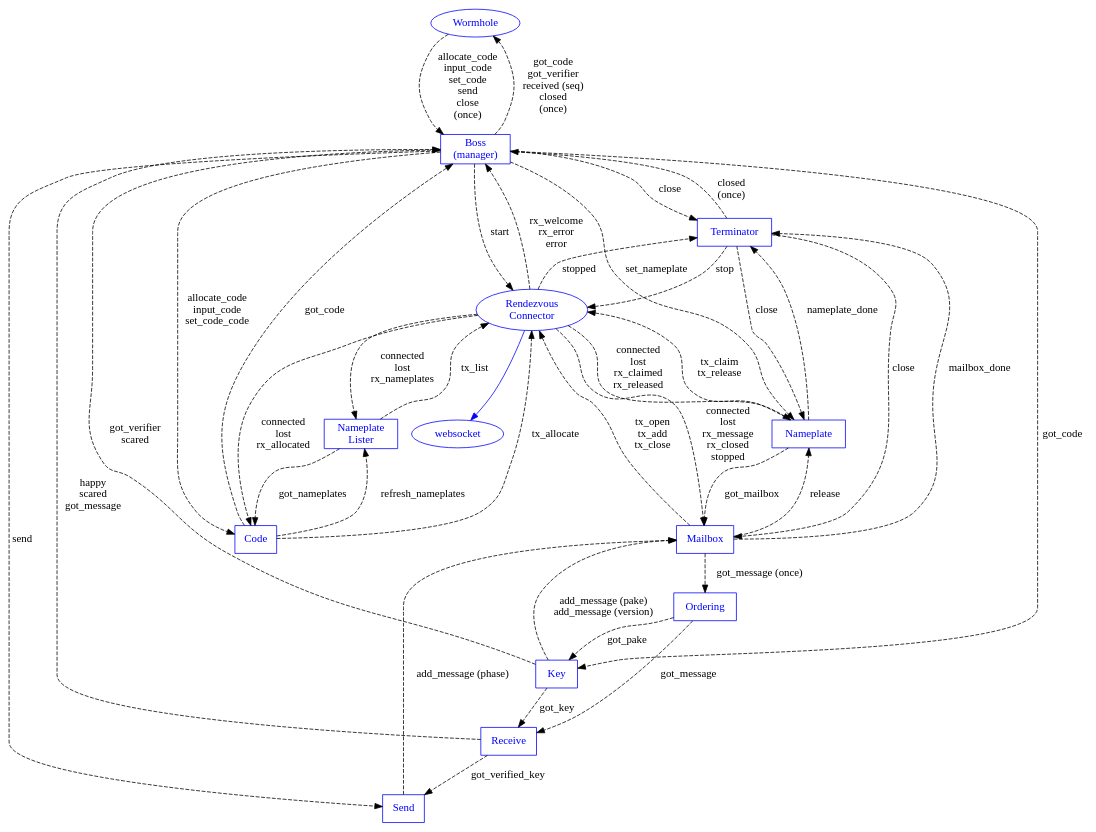
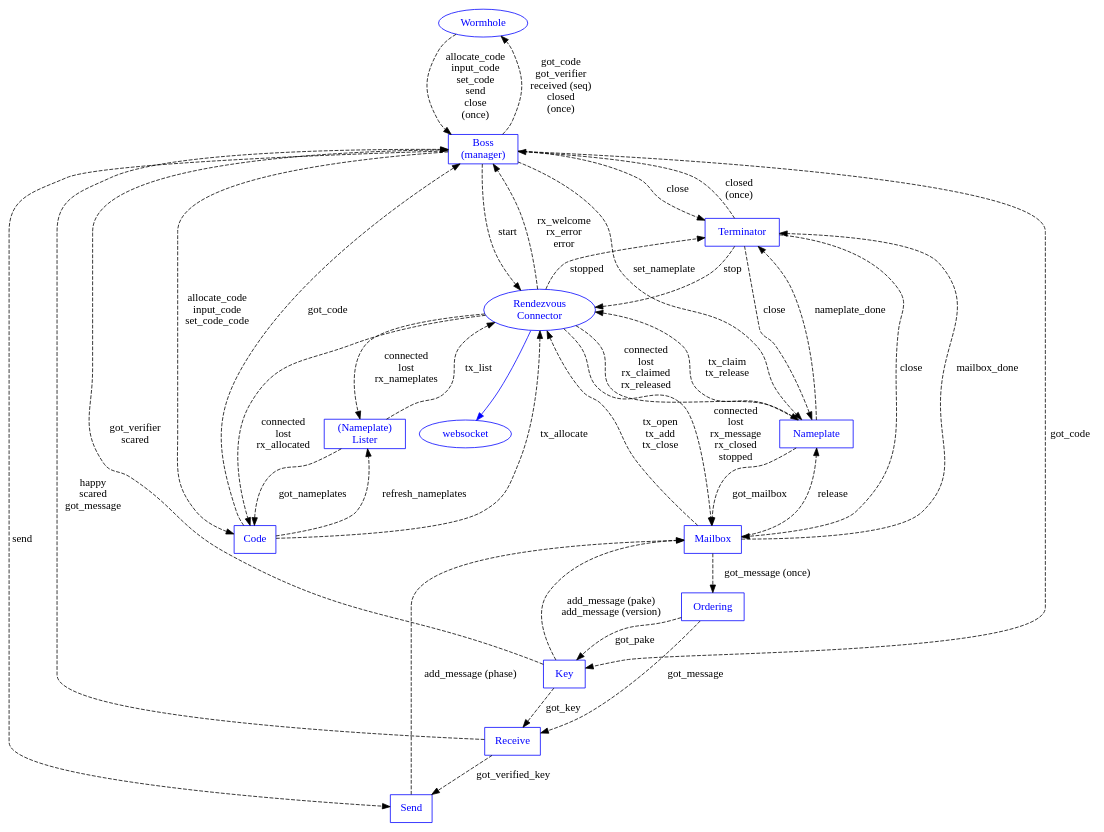
Before and after one commit to magic-wormhole/magic-wormhole: the diagram in docs/state-machines/machines.dot, drawn with Graphviz. The commit also changed 9 other files, not shown here.

Commit message:
rename NameplateLister to Lister (unique prefix L)

```diff
--- a/docs/state-machines/machines.dot
+++ b/docs/state-machines/machines.dot
@@ -1,94 +1,94 @@
 digraph {
         Wormhole [shape="oval" color="blue" fontcolor="blue"]
         Boss [shape="box" label="Boss\n(manager)"
                   color="blue" fontcolor="blue"]
         Nameplate [shape="box" color="blue" fontcolor="blue"]
         Mailbox [shape="box" color="blue" fontcolor="blue"]
         Connection [label="Rendezvous\nConnector"
                     shape="oval" color="blue" fontcolor="blue"]
         websocket [color="blue" fontcolor="blue"]
         Order [shape="box" label="Ordering" color="blue" fontcolor="blue"]
         Key [shape="box" label="Key" color="blue" fontcolor="blue"]
         Send [shape="box" label="Send" color="blue" fontcolor="blue"]
         Receive [shape="box" label="Receive" color="blue" fontcolor="blue"]
         Code [shape="box" label="Code" color="blue" fontcolor="blue"]
-        NameplateLister [shape="box" label="Nameplate\nLister"
-                         color="blue" fontcolor="blue"]
+        Lister [shape="box" label="(Nameplate)\nLister"
+                color="blue" fontcolor="blue"]
         Terminator [shape="box" color="blue" fontcolor="blue"]
 
         Connection -> websocket [color="blue"]
         #Connection -> Order [color="blue"]
 
         Wormhole -> Boss [style="dashed" label="allocate_code\ninput_code\nset_code\nsend\nclose\n(once)"]
         #Wormhole -> Boss [color="blue"]
         Boss -> Wormhole [style="dashed" label="got_code\ngot_verifier\nreceived (seq)\nclosed\n(once)"]
 
         #Boss -> Connection [color="blue"]
         Boss -> Connection [style="dashed" label="start"]
         Connection -> Boss [style="dashed" label="rx_welcome\nrx_error\nerror"]
 
         Boss -> Send [style="dashed" label="send"]
 
         Boss -> Nameplate [style="dashed" label="set_nameplate"]
         #Boss -> Mailbox [color="blue"]
         Mailbox -> Order [style="dashed" label="got_message (once)"]
         Boss -> Key [style="dashed" label="got_code"]
         Key -> Boss [style="dashed" label="got_verifier\nscared"]
         Order -> Key [style="dashed" label="got_pake"]
         Order -> Receive [style="dashed" label="got_message"]
         #Boss -> Key [color="blue"]
         Key -> Mailbox [style="dashed"
                         label="add_message (pake)\nadd_message (version)"]
         Receive -> Send [style="dashed" label="got_verified_key"]
         Send -> Mailbox [style="dashed" label="add_message (phase)"]
 
         Key -> Receive [style="dashed" label="got_key"]
         Receive -> Boss [style="dashed"
                          label="happy\nscared\ngot_message"]
         Nameplate -> Connection [style="dashed"
                                  label="tx_claim\ntx_release"]
         Connection -> Nameplate [style="dashed"
                                  label="connected\nlost\nrx_claimed\nrx_released"]
         Mailbox -> Nameplate [style="dashed" label="release"]
         Nameplate -> Mailbox [style="dashed" label="got_mailbox"]
 
         Mailbox -> Connection [style="dashed"
                                label="tx_open\ntx_add\ntx_close"
                                ]
         Connection -> Mailbox [style="dashed"
                                label="connected\nlost\nrx_message\nrx_closed\nstopped"]
 
-        Connection -> NameplateLister [style="dashed"
-                                       label="connected\nlost\nrx_nameplates"
-                                       ]
-        NameplateLister -> Connection [style="dashed"
-                                       label="tx_list"
-                                       ]
+        Connection -> Lister [style="dashed"
+                              label="connected\nlost\nrx_nameplates"
+                              ]
+        Lister -> Connection [style="dashed"
+                              label="tx_list"
+                              ]
 
         #Boss -> Code [color="blue"]
         Connection -> Code [style="dashed"
                             label="connected\nlost\nrx_allocated"]
         Code -> Connection [style="dashed"
                             label="tx_allocate"
                             ]
-        NameplateLister -> Code [style="dashed"
-                                 label="got_nameplates"
-                                 ]
-        #Code -> NameplateLister [color="blue"]
-        Code -> NameplateLister [style="dashed"
-                                 label="refresh_nameplates"
-                                 ]
+        Lister -> Code [style="dashed"
+                        label="got_nameplates"
+                        ]
+        #Code -> Lister [color="blue"]
+        Code -> Lister [style="dashed"
+                        label="refresh_nameplates"
+                        ]
         Boss -> Code [style="dashed"
                       label="allocate_code\ninput_code\nset_code_code"]
         Code -> Boss [style="dashed"
                       label="got_code"]
 
         Nameplate -> Terminator [style="dashed" label="nameplate_done"]
         Mailbox -> Terminator [style="dashed" label="mailbox_done"]
         Terminator -> Nameplate [style="dashed" label="close"]
         Terminator -> Mailbox [style="dashed" label="close"]
         Terminator -> Connection [style="dashed" label="stop"]
         Connection -> Terminator [style="dashed" label="stopped"]
         Terminator -> Boss [style="dashed" label="closed\n(once)"]
         Boss -> Terminator [style="dashed" label="close"]
 }
```
